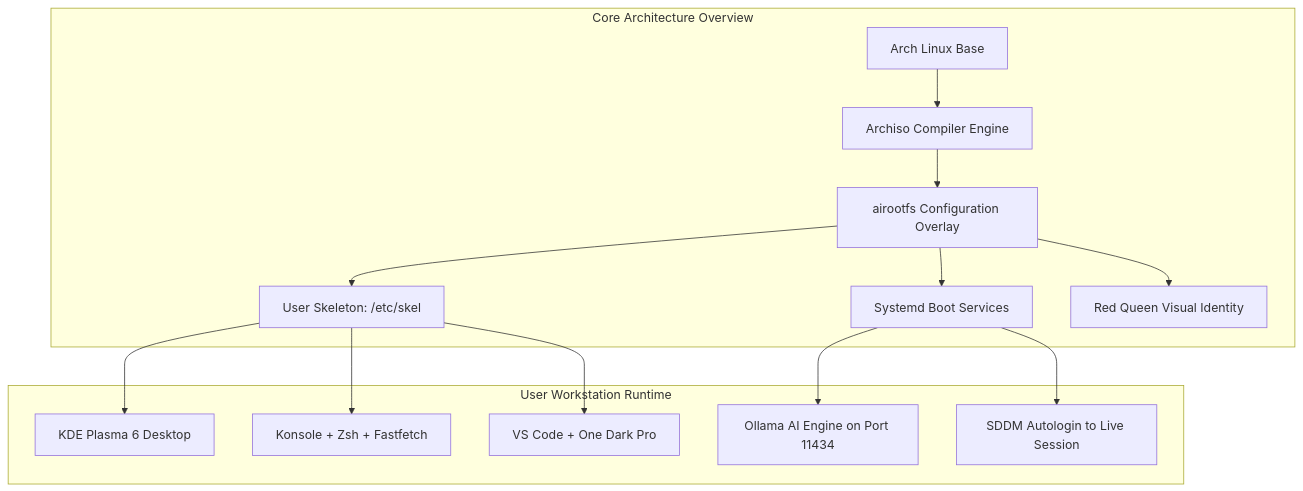
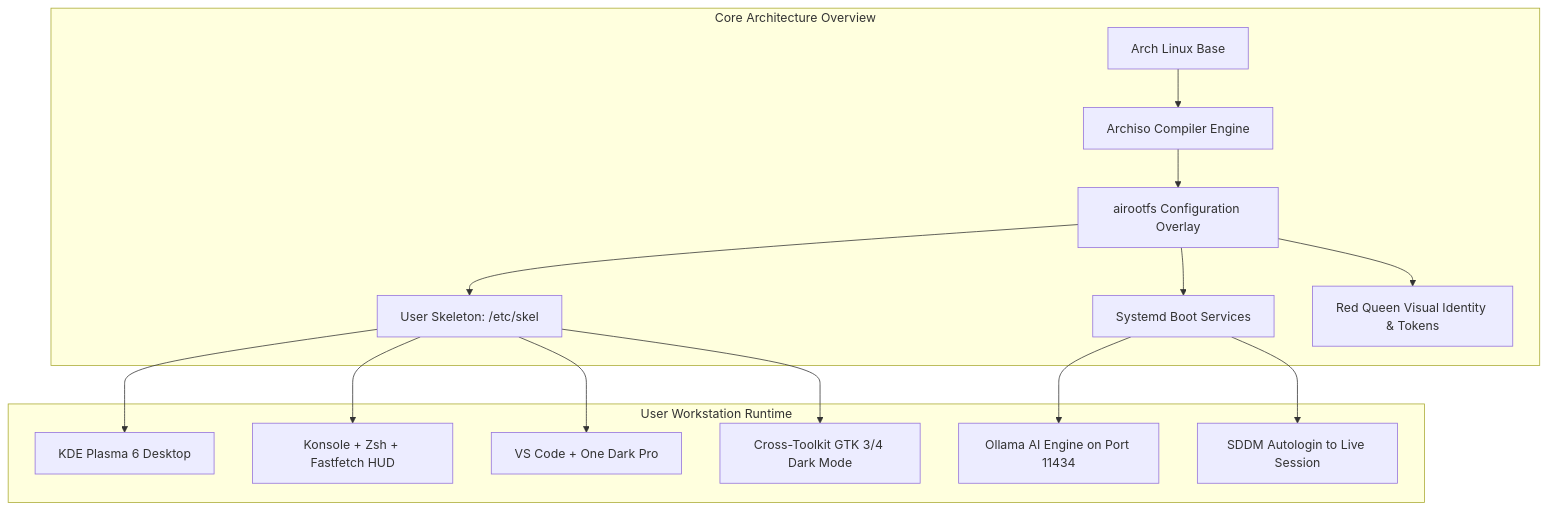
One commit to Aak4shz/Umbrella-Corporation_OS changed the first of 3 diagrams in MEMORY.md. Above: the diagram before and after it, drawn with Mermaid. The commit also changed other lines of this file, not shown here.

````diff
--- a/MEMORY.md
+++ b/MEMORY.md
@@ -29,18 +30,19 @@
 ```mermaid
 graph TD
     subgraph Core Architecture Overview
         A[Arch Linux Base] --> B[Archiso Compiler Engine]
         B --> C[airootfs Configuration Overlay]
         C --> D[User Skeleton: /etc/skel]
         C --> E[Systemd Boot Services]
-        C --> F[Red Queen Visual Identity]
+        C --> F[Red Queen Visual Identity & Tokens]
     end
 
     subgraph User Workstation Runtime
         D --> G[KDE Plasma 6 Desktop]
-        D --> H[Konsole + Zsh + Fastfetch]
+        D --> H[Konsole + Zsh + Fastfetch HUD]
         D --> I[VS Code + One Dark Pro]
-        E --> J[Ollama AI Engine on Port 11434]
-        E --> K[SDDM Autologin to Live Session]
+        D --> J[Cross-Toolkit GTK 3/4 Dark Mode]
+        E --> K[Ollama AI Engine on Port 11434]
+        E --> L[SDDM Autologin to Live Session]
     end
 ```
````
